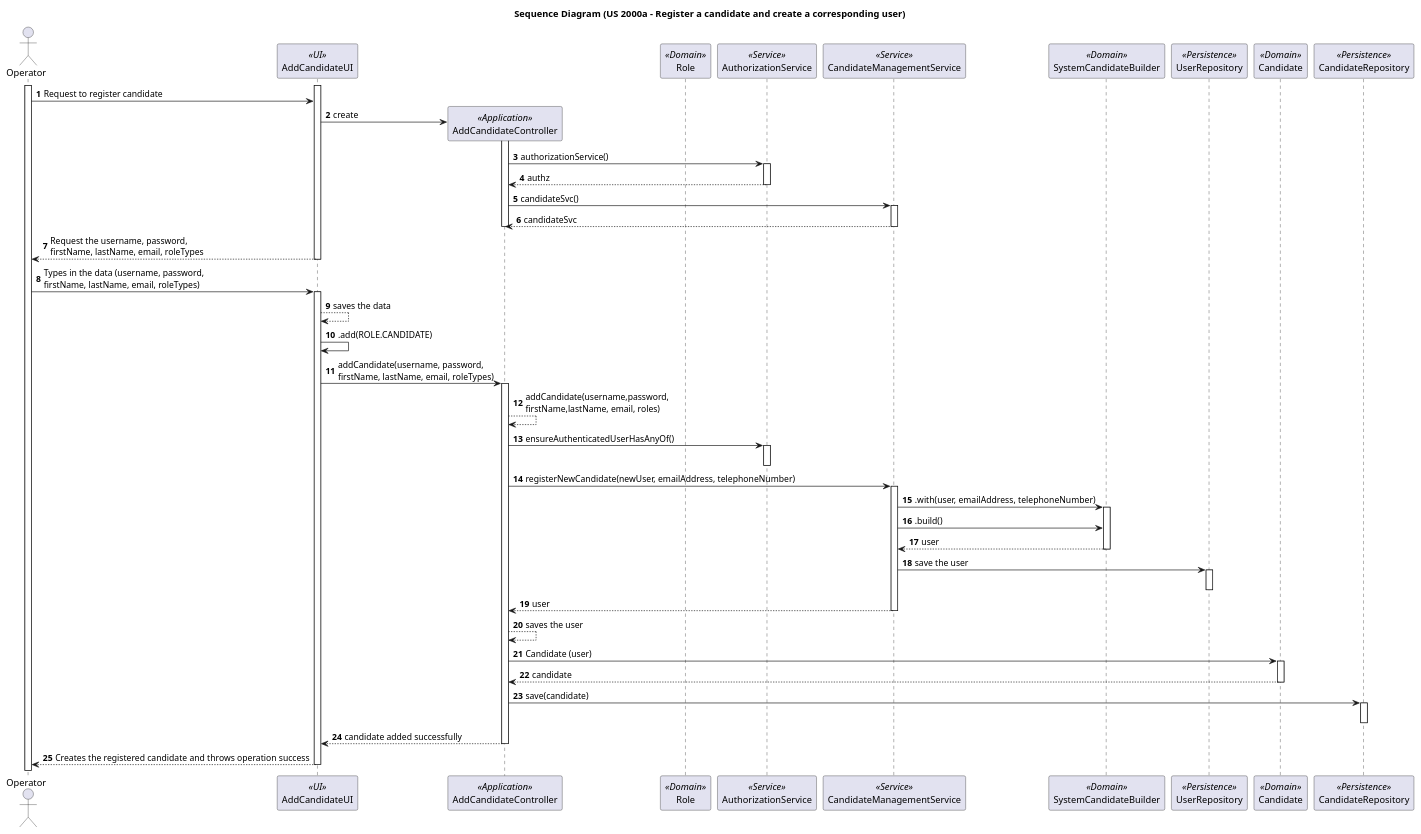
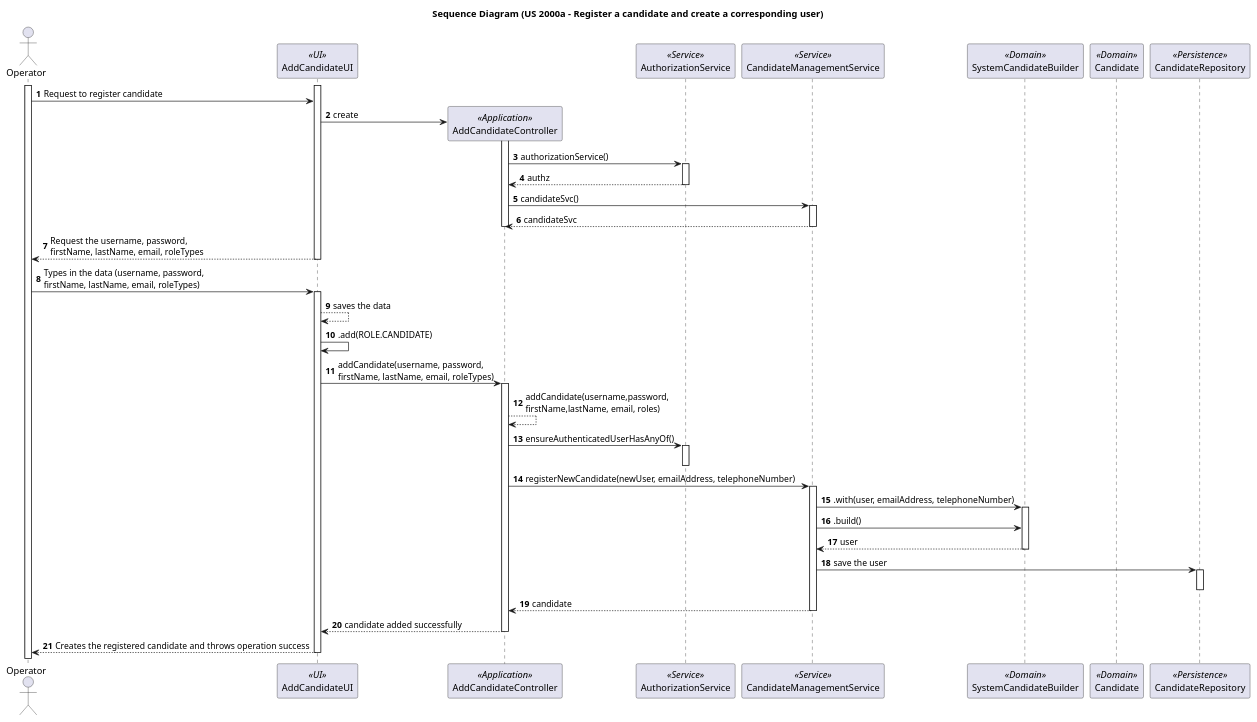
Before and after one commit to marcoferreira37/Lapr4: the diagram in docs/sprintB/2000a/puml/2000a-sequence-diagram.puml, drawn with PlantUML. The commit also changed 9 other files, not shown here.

```diff
--- a/docs/sprintB/2000a/puml/2000a-sequence-diagram.puml
+++ b/docs/sprintB/2000a/puml/2000a-sequence-diagram.puml
@@ -1,69 +1,59 @@
 @startuml
 title Sequence Diagram (US 2000a - Register a candidate and create a corresponding user)
 
 autonumber
 actor Operator as Operator
 participant AddCandidateUI as UI <<UI>>
 participant AddCandidateController as CTRL <<Application>>
-participant Role as Role <<Domain>>
 participant AuthorizationService as AS <<Service>>
 participant CandidateManagementService as UMS <<Service>>
 participant SystemCandidateBuilder as SUB <<Domain>>
-participant UserRepository as URepo <<Persistence>>
 participant Candidate as C <<Domain>>
 participant CandidateRepository as CRepo <<Persistence>>
 
 
 activate Operator
 activate UI
 Operator -> UI: Request to register candidate
 
 UI -> CTRL**:create
 activate CTRL
 CTRL -> AS : authorizationService()
 activate AS
 AS --> CTRL: authz
 deactivate AS
 CTRL-> UMS : candidateSvc()
 activate UMS
 UMS-->CTRL: candidateSvc
 deactivate UMS
 deactivate CTRL
 UI --> Operator: Request the username, password, \nfirstName, lastName, email, roleTypes
 deactivate UI
 Operator -> UI: Types in the data (username, password, \nfirstName, lastName, email, roleTypes)
 activate UI
 UI-->UI : saves the data
 UI-> UI : .add(ROLE.CANDIDATE)
 UI-> CTRL: addCandidate(username, password, \nfirstName, lastName, email, roleTypes)
 activate CTRL
 CTRL-->CTRL: addCandidate(username,password, \nfirstName,lastName, email, roles)
 CTRL->AS : ensureAuthenticatedUserHasAnyOf()
 activate AS
 deactivate AS
 CTRL-> UMS : registerNewCandidate(newUser, emailAddress, telephoneNumber)
 activate UMS
 UMS->SUB: .with(user, emailAddress, telephoneNumber)
 activate SUB
 UMS-> SUB: .build()
 SUB--> UMS: user
 deactivate SUB
-UMS->URepo: save the user
-activate URepo
-deactivate URepo
-UMS-->CTRL: user
-deactivate UMS
-CTRL-->CTRL: saves the user
-CTRL-> C: Candidate (user)
-activate C
-C--> CTRL: candidate
-deactivate C
-CTRL->CRepo: save(candidate)
+UMS->CRepo: save the user
 activate CRepo
 deactivate CRepo
+UMS-->CTRL: candidate
+deactivate UMS
 CTRL-->UI : candidate added successfully
 deactivate CTRL
 UI --> Operator: Creates the registered candidate and throws operation success
 deactivate UI
 
 @enduml
```
